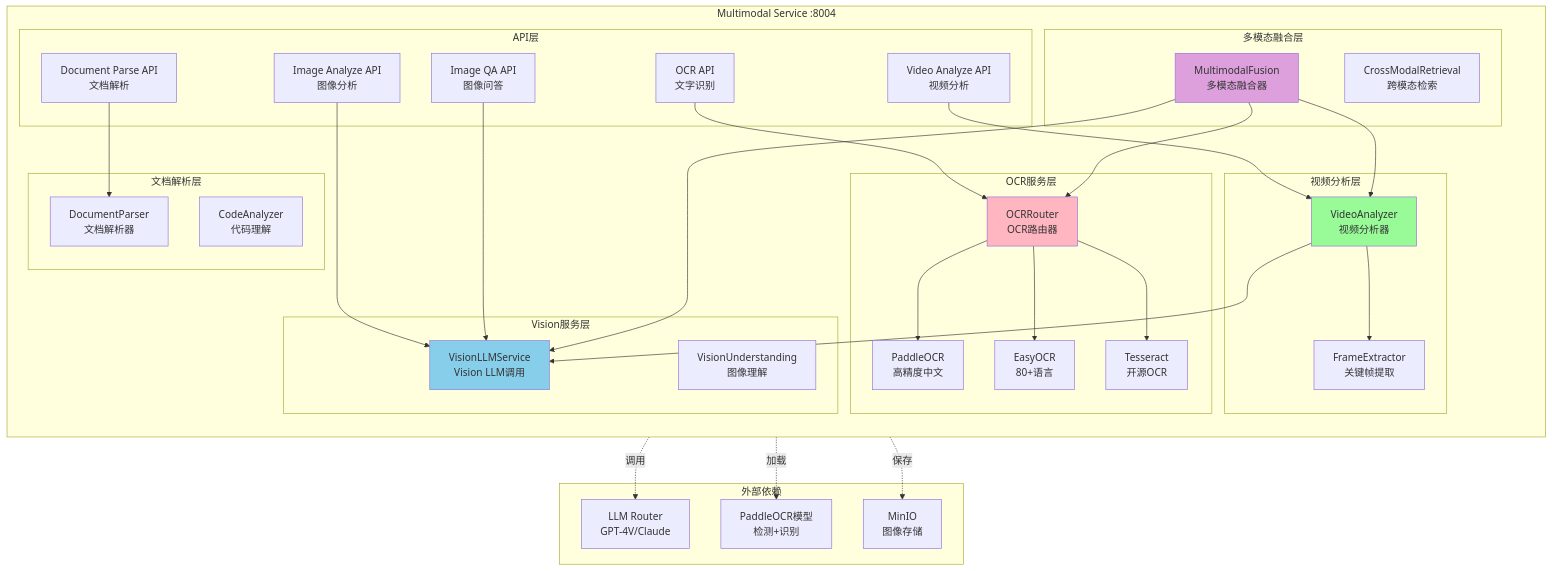
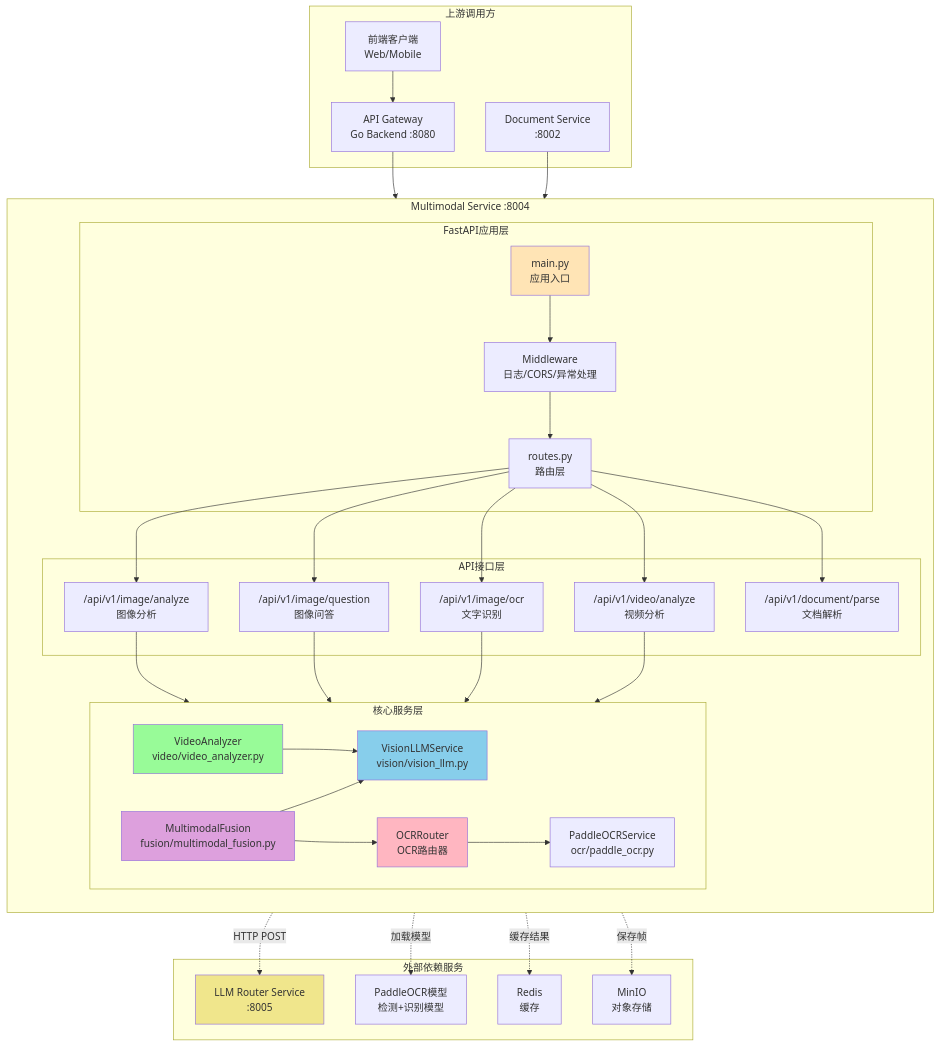
Before and after one commit to haoyunlt/myblog: the first of 5 diagrams in content/posts/VoiceHelper-10-Multimodal多模态服务.md, drawn with Mermaid. The commit also changed other lines of this file and 13 other files, not shown here.

````diff
--- a/content/posts/VoiceHelper-10-Multimodal多模态服务.md
+++ b/content/posts/VoiceHelper-10-Multimodal多模态服务.md
@@ -57,70 +76,73 @@
 ```mermaid
 flowchart TB
+    subgraph "上游调用方"
+        CLIENT[前端客户端<br/>Web/Mobile]
+        GATEWAY[API Gateway<br/>Go Backend :8080]
+        DOC_SERVICE[Document Service<br/>:8002]
+    end
+    
     subgraph "Multimodal Service :8004"
         direction TB
         
-        subgraph "API层"
-            API_IMAGE[Image Analyze API<br/>图像分析]
-            API_OCR[OCR API<br/>文字识别]
-            API_VIDEO[Video Analyze API<br/>视频分析]
-            API_DOC[Document Parse API<br/>文档解析]
-            API_QA[Image QA API<br/>图像问答]
+        subgraph "FastAPI应用层"
+            MAIN[main.py<br/>应用入口]
+            ROUTER[routes.py<br/>路由层]
+            MIDDLEWARE[Middleware<br/>日志/CORS/异常处理]
         end
         
-        subgraph "Vision服务层"
-            VISION_LLM[VisionLLMService<br/>Vision LLM调用]
-            VISION_UNDERSTAND[VisionUnderstanding<br/>图像理解]
+        subgraph "API接口层"
+            API_IMAGE["/api/v1/image/analyze"<br/>图像分析]
+            API_OCR["/api/v1/image/ocr"<br/>文字识别]
+            API_QA["/api/v1/image/question"<br/>图像问答]
+            API_VIDEO["/api/v1/video/analyze"<br/>视频分析]
+            API_DOC["/api/v1/document/parse"<br/>文档解析]
         end
         
-        subgraph "OCR服务层"
-            OCR_ROUTER[OCRRouter<br/>OCR路由器]
-            PADDLE_OCR[PaddleOCR<br/>高精度中文]
-            EASY_OCR[EasyOCR<br/>80+语言]
-            TESSERACT[Tesseract<br/>开源OCR]
+        subgraph "核心服务层"
+            direction LR
+            
+            VISION_SERVICE[VisionLLMService<br/>vision/vision_llm.py]
+            OCR_SERVICE[PaddleOCRService<br/>ocr/paddle_ocr.py]
+            OCR_ROUTER_SERVICE[OCRRouter<br/>OCR路由器]
+            VIDEO_SERVICE[VideoAnalyzer<br/>video/video_analyzer.py]
+            FUSION_SERVICE[MultimodalFusion<br/>fusion/multimodal_fusion.py]
         end
         
-        subgraph "视频分析层"
-            VIDEO_ANALYZER[VideoAnalyzer<br/>视频分析器]
-            FRAME_EXTRACTOR[FrameExtractor<br/>关键帧提取]
-        end
+        MAIN --> MIDDLEWARE
+        MIDDLEWARE --> ROUTER
+        ROUTER --> API_IMAGE & API_OCR & API_QA & API_VIDEO & API_DOC
         
-        subgraph "多模态融合层"
-            MULTIMODAL_FUSION[MultimodalFusion<br/>多模态融合器]
-            CROSS_MODAL[CrossModalRetrieval<br/>跨模态检索]
-        end
+        API_IMAGE --> VISION_SERVICE
+        API_QA --> VISION_SERVICE
+        API_OCR --> OCR_ROUTER_SERVICE
+        API_VIDEO --> VIDEO_SERVICE
         
-        subgraph "文档解析层"
-            DOC_PARSER[DocumentParser<br/>文档解析器]
-            CODE_ANALYZER[CodeAnalyzer<br/>代码理解]
-        end
-        
-        API_IMAGE --> VISION_LLM
-        API_OCR --> OCR_ROUTER
-        API_VIDEO --> VIDEO_ANALYZER
-        API_DOC --> DOC_PARSER
-        API_QA --> VISION_LLM
-        
-        OCR_ROUTER --> PADDLE_OCR & EASY_OCR & TESSERACT
-        VIDEO_ANALYZER --> FRAME_EXTRACTOR
-        VIDEO_ANALYZER --> VISION_LLM
-        
-        MULTIMODAL_FUSION --> VISION_LLM
-        MULTIMODAL_FUSION --> OCR_ROUTER
-        MULTIMODAL_FUSION --> VIDEO_ANALYZER
+        OCR_ROUTER_SERVICE --> OCR_SERVICE
+        VIDEO_SERVICE --> VISION_SERVICE
+        FUSION_SERVICE --> VISION_SERVICE
+        FUSION_SERVICE --> OCR_ROUTER_SERVICE
     end
     
-    subgraph "外部依赖"
-        LLM_ROUTER[LLM Router<br/>GPT-4V/Claude]
-        PADDLEOCR_MODEL[PaddleOCR模型<br/>检测+识别]
-        MINIO[MinIO<br/>图像存储]
+    subgraph "外部依赖服务"
+        LLM_ROUTER[LLM Router Service<br/>:8005]
+        PADDLEOCR_MODEL[PaddleOCR模型<br/>检测+识别模型]
+        REDIS[Redis<br/>缓存]
+        MINIO[MinIO<br/>对象存储]
     end
     
-    VISION_LLM -.调用.-> LLM_ROUTER
-    PADDLE_OCR -.加载.-> PADDLEOCR_MODEL
-    DOC_PARSER -.保存.-> MINIO
+    CLIENT --> GATEWAY
+    GATEWAY --> MAIN
+    DOC_SERVICE --> API_DOC
     
-    style VISION_LLM fill:#87CEEB
-    style OCR_ROUTER fill:#FFB6C1
-    style VIDEO_ANALYZER fill:#98FB98
-    style MULTIMODAL_FUSION fill:#DDA0DD
+    VISION_SERVICE -.HTTP POST.-> LLM_ROUTER
+    OCR_SERVICE -.加载模型.-> PADDLEOCR_MODEL
+    VISION_SERVICE -.缓存结果.-> REDIS
+    VIDEO_SERVICE -.保存帧.-> MINIO
+    
+    style MAIN fill:#FFE4B5
+    style VISION_SERVICE fill:#87CEEB
+    style OCR_ROUTER_SERVICE fill:#FFB6C1
+    style VIDEO_SERVICE fill:#98FB98
+    style FUSION_SERVICE fill:#DDA0DD
+    style LLM_ROUTER fill:#F0E68C
 ```
````
